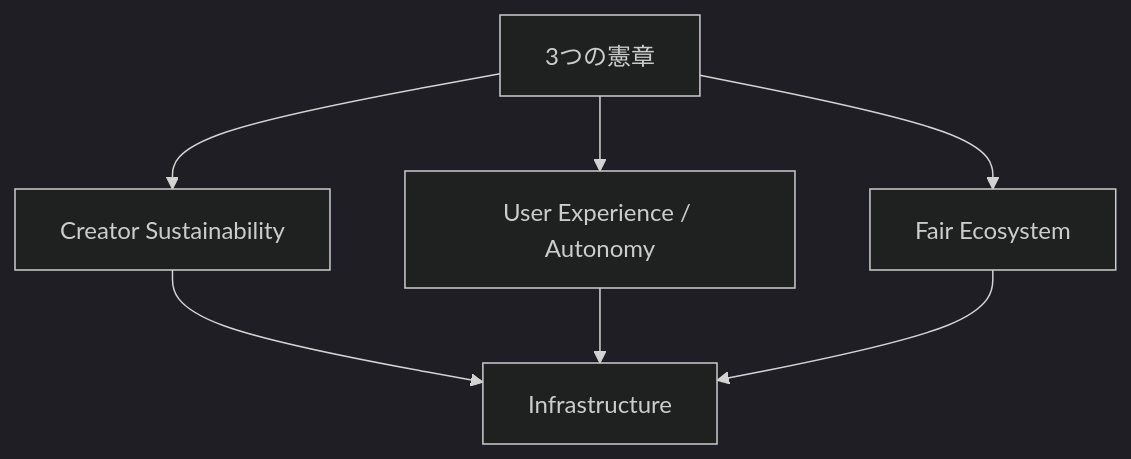
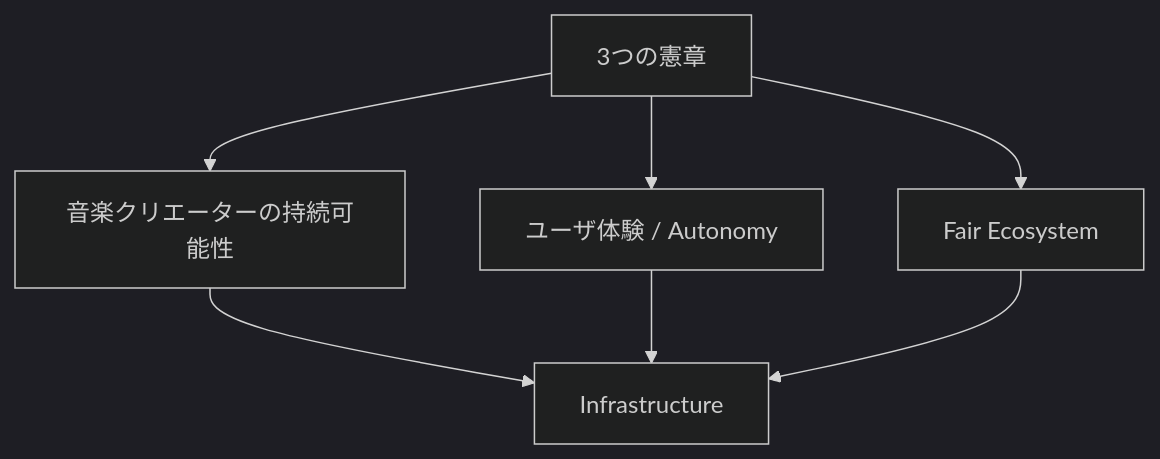
Before and after one commit to ShigeichiroYamasaki/creator-first-platform: diagram 44 of 47 in docs/whitepaper/12-infrastructure-cost.md, drawn with Mermaid (dark theme). The commit also changed other lines of this file and 67 other files, not shown here.

````diff
--- a/docs/whitepaper/12-infrastructure-cost.md
+++ b/docs/whitepaper/12-infrastructure-cost.md
@@ -1839,12 +1839,12 @@
 ```mermaid
 flowchart TD
     CONST[3つの憲章]
 
-    CONST --> CREATOR[Creator Sustainability]
-    CONST --> USER[User Experience / Autonomy]
+    CONST --> CREATOR[音楽クリエーターの持続可能性]
+    CONST --> USER[ユーザ体験 / Autonomy]
     CONST --> FAIR[Fair Ecosystem]
 
     CREATOR --> INFRA[Infrastructure]
     USER --> INFRA
     FAIR --> INFRA
 ```
````
